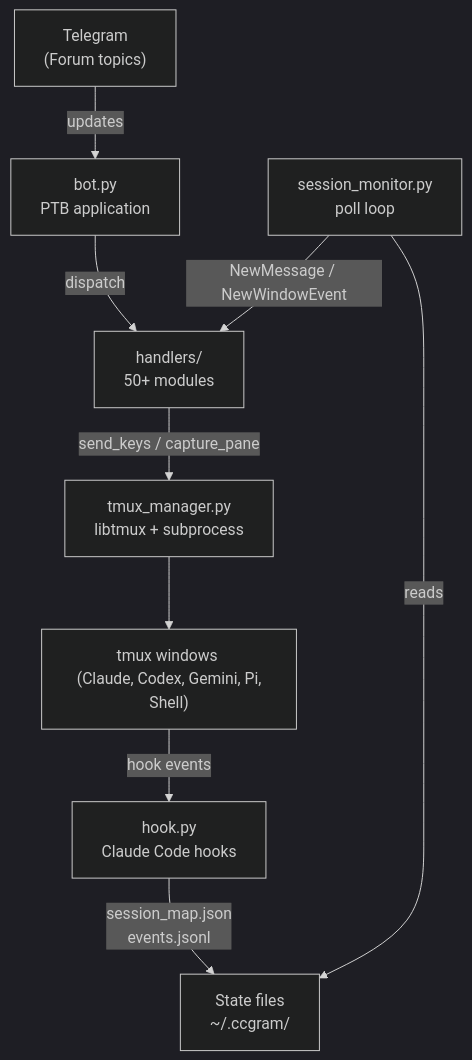
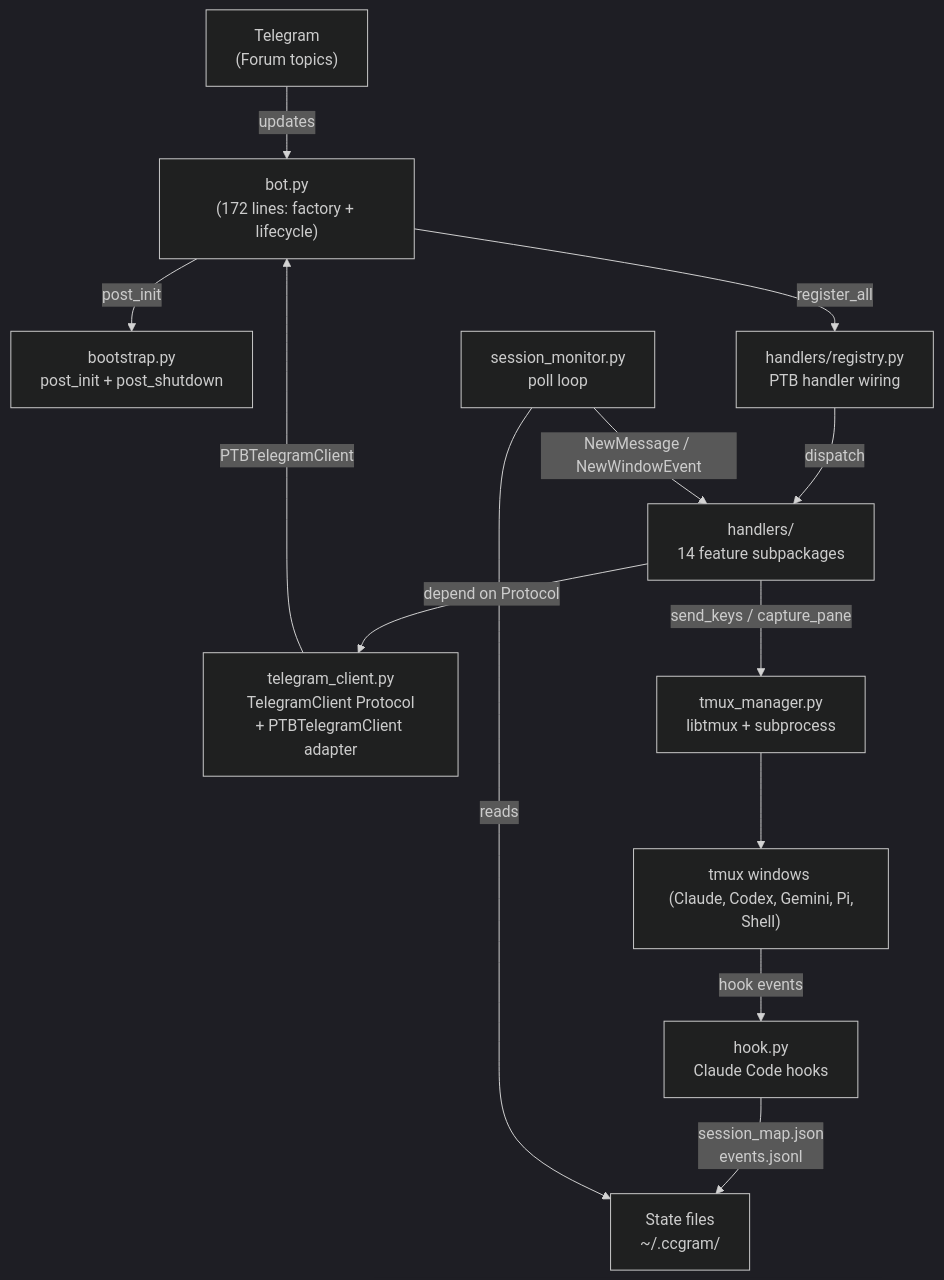
Before and after one commit to alexei-led/ccbot: the first of 10 diagrams in docs/architecture.md, drawn with Mermaid (dark theme). The commit also changed other lines of this file and 6 other files, not shown here.

````diff
--- a/docs/architecture.md
+++ b/docs/architecture.md
@@ -9,20 +9,27 @@
 ```mermaid
 graph TB
     Telegram["Telegram<br>(Forum topics)"]
-    Bot["bot.py<br>PTB application"]
-    Handlers["handlers/<br>50+ modules"]
+    Bot["bot.py<br>(172 lines: factory + lifecycle)"]
+    Bootstrap["bootstrap.py<br>post_init + post_shutdown"]
+    Registry["handlers/registry.py<br>PTB handler wiring"]
+    TC["telegram_client.py<br>TelegramClient Protocol<br>+ PTBTelegramClient adapter"]
+    Handlers["handlers/<br>14 feature subpackages"]
     TmuxMgr["tmux_manager.py <br> libtmux + subprocess"]
     Windows["tmux windows <br> (Claude, Codex, Gemini, Pi, Shell)"]
     Hook["hook.py<br>Claude Code hooks"]
     Monitor["session_monitor.py<br>poll loop"]
     State["State files<br>~/.ccgram/"]
 
     Telegram -- "updates" --> Bot
-    Bot -- "dispatch" --> Handlers
+    Bot -- "post_init" --> Bootstrap
+    Bot -- "register_all" --> Registry
+    Registry -- "dispatch" --> Handlers
+    Handlers -- "depend on Protocol" --> TC
+    TC -- "PTBTelegramClient" --> Bot
     Handlers -- "send_keys / capture_pane" --> TmuxMgr
     TmuxMgr --> Windows
     Windows -- "hook events" --> Hook
     Hook -- "session_map.json<br>events.jsonl" --> State
     Monitor -- "reads" --> State
     Monitor -- "NewMessage / NewWindowEvent" --> Handlers
 ```
````
